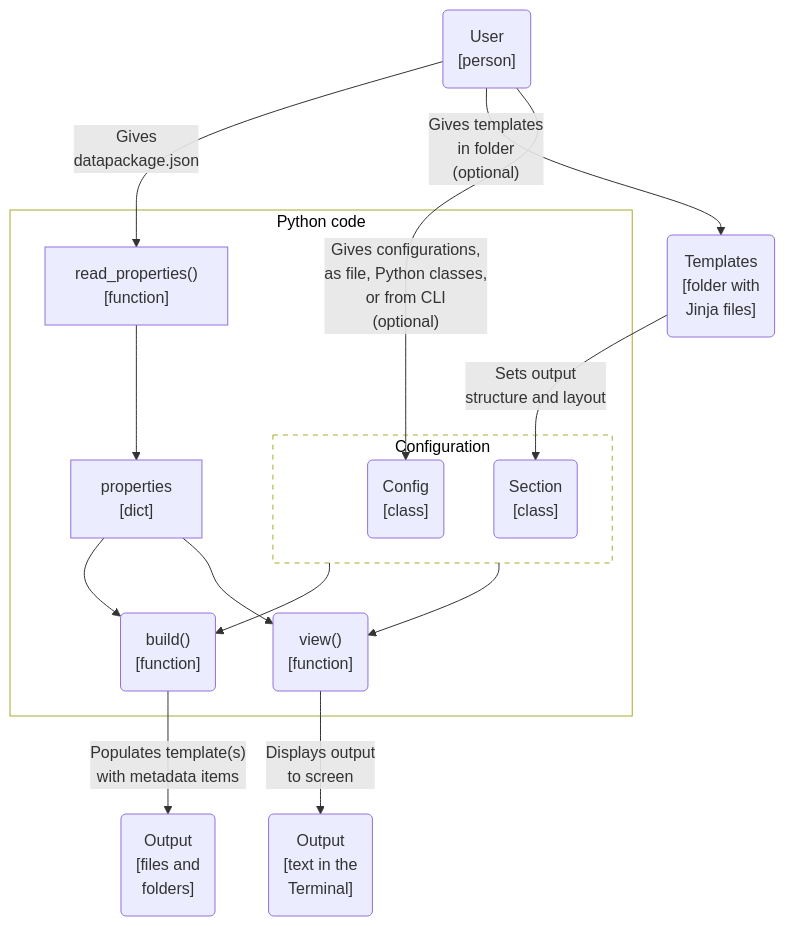
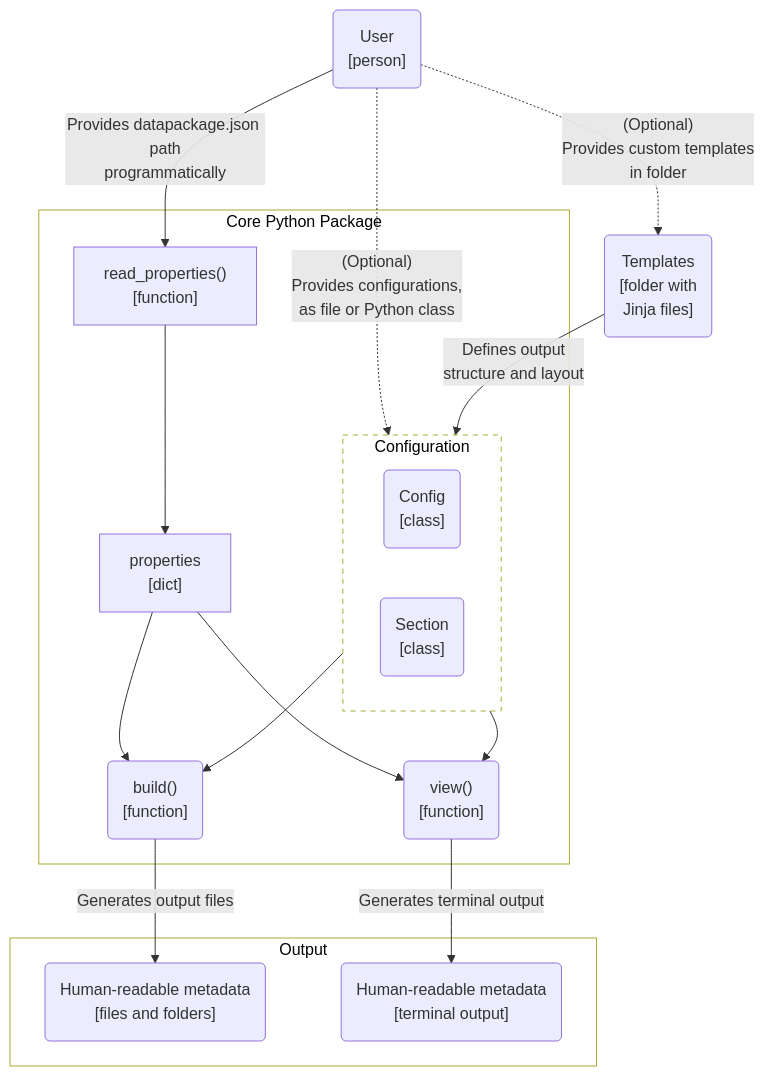
One commit to seedcase-project/seedcase-flower changed the third of 3 diagrams in docs/design/architecture.qmd. Above: the diagram before and after it, drawn with Mermaid. The commit also changed other lines of this file, not shown here.

First line of the commit message:
docs: ✏️  review architecture (#228)

````diff
--- a/docs/design/architecture.qmd
+++ b/docs/design/architecture.qmd
@@ -233,36 +217,41 @@
 ```{mermaid}
 %%| label: fig-c4-component
-%%| fig-cap: "C4 component diagram showing the parts of the Python package that contribute to the CLI and their connections."
-flowchart TB
-    subgraph package["Python code"]
+%%| fig-cap: "C4 component diagram showing the main functions and classes within the Python package and their connections."
+flowchart TD
+
+    subgraph package["Core Python Package"]
+
         subgraph cfg["Configuration"]
             config("Config<br>[class]")
             section("Section<br>[class]")
         end
 
         read_properties["read_properties()<br>[function]"]
         properties["properties<br>[dict]"]
         build("build()<br>[function]")
         view("view()<br>[function]")
 
         read_properties --> properties
         properties --> build & view
         cfg --> build & view
     end
 
     user("User<br>[person]")
     templates("Templates<br>[folder with<br>Jinja files]")
-    output_files("Output<br>[files and<br>folders]")
-    output_screen("Output<br>[text in the<br>Terminal]")
+    subgraph output["Output"]
+        output_files("Human-readable metadata<br>[files and folders]")
+        output_screen("Human-readable metadata<br>[terminal output]")
+    end
 
-    user --"Gives<br>datapackage.json"--> read_properties
-    user --"Gives templates<br>in folder<br>(optional)"--> templates
-    user --"Gives configurations,<br>as file, Python classes,<br>or from CLI<br>(optional)"--> config
-    templates --"Sets output<br>structure and layout"--> section
-    build --"Populates template(s)<br>with metadata items"--> output_files
-    view --"Displays output<br>to screen"--> output_screen
+    user --"Provides datapackage.json path<br>programmatically"--> read_properties
+    user -."(Optional)<br>Provides configurations,<br>as file or Python class".-> cfg
+    user -."(Optional)<br>Provides custom templates<br>in folder".-> templates
+    templates --"Defines output<br>structure and layout"--> cfg
+    build --"Generates output files"--> output_files
+    view --"Generates terminal output"--> output_screen
 
     %% Styling
     style package fill:#FFFFFF, color:#000000
+    style output fill:#FFFFFF, color:#000000
     style cfg fill:#FFFFFF, color:#000000, stroke-dasharray: 5 5
 ```
````
